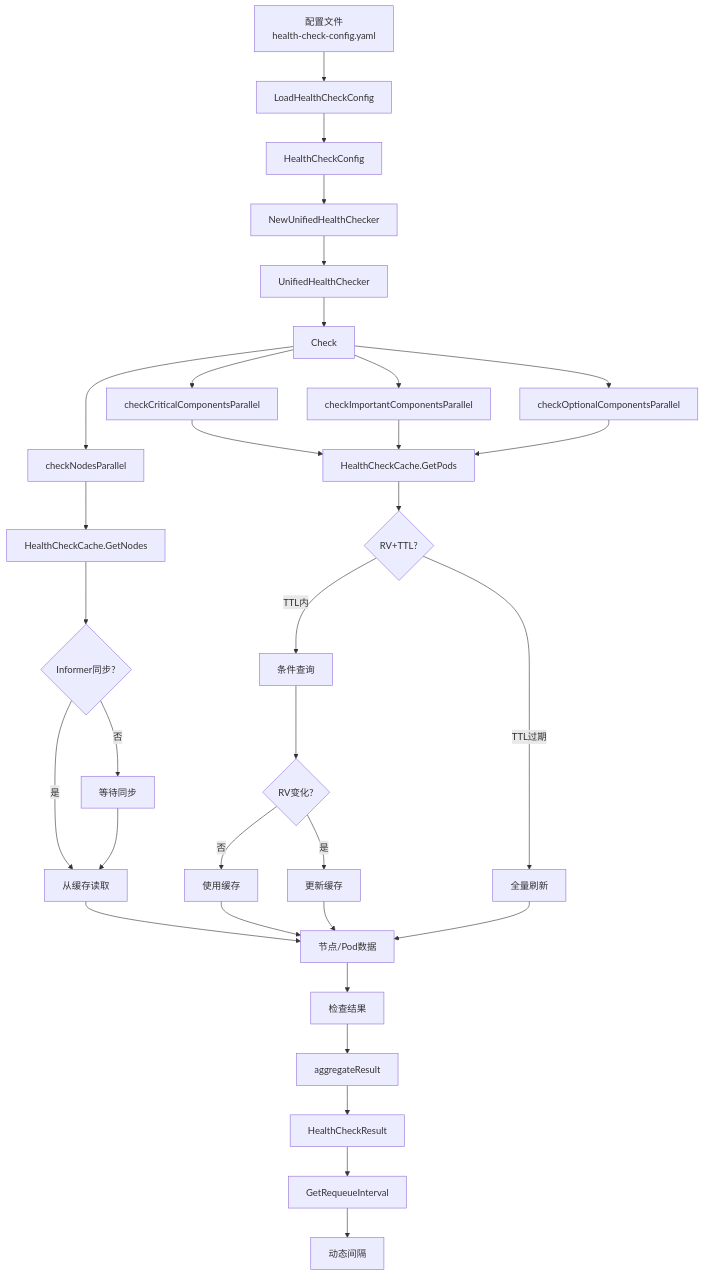
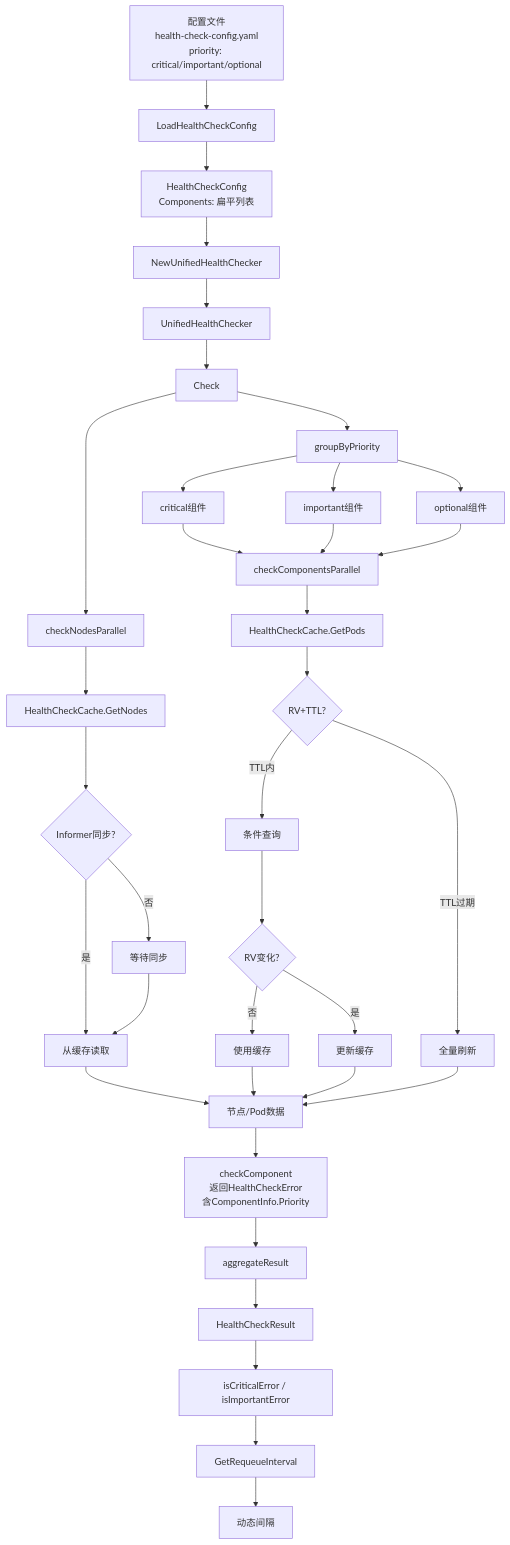
One commit to javadoors/cluster-api-provider-bke changed the fourth of 7 diagrams in code/performance/report/health-check-convergence.md. Above: the diagram before and after it, drawn with Mermaid. The commit also changed other lines of this file, not shown here.

````diff
--- a/code/performance/report/health-check-convergence.md
+++ b/code/performance/report/health-check-convergence.md
@@ -895,43 +1206,46 @@
 ```mermaid
 graph TD
-    A[配置文件<br/>health-check-config.yaml] --> B[LoadHealthCheckConfig]
-    B --> C[HealthCheckConfig]
+    A[配置文件<br/>health-check-config.yaml<br/>priority: critical/important/optional] --> B[LoadHealthCheckConfig]
+    B --> C[HealthCheckConfig<br/>Components: 扁平列表]
     
     C --> D[NewUnifiedHealthChecker]
     D --> E[UnifiedHealthChecker]
     
     E --> F[Check]
     F --> G[checkNodesParallel]
-    F --> H[checkCriticalComponentsParallel]
-    F --> I[checkImportantComponentsParallel]
-    F --> J[checkOptionalComponentsParallel]
+    F --> H[groupByPriority]
+    H --> H1[critical组件]
+    H --> H2[important组件]
+    H --> H3[optional组件]
+    H1 --> I[checkComponentsParallel]
+    H2 --> I
+    H3 --> I
     
-    G --> K[HealthCheckCache.GetNodes]
-    H --> L[HealthCheckCache.GetPods]
-    I --> L
-    J --> L
+    G --> J[HealthCheckCache.GetNodes]
+    I --> K[HealthCheckCache.GetPods]
     
-    K --> M{Informer同步?}
-    M -->|是| N[从缓存读取]
-    M -->|否| O[等待同步]
-    O --> N
+    J --> L{Informer同步?}
+    L -->|是| M[从缓存读取]
+    L -->|否| N[等待同步]
+    N --> M
     
-    L --> P{RV+TTL?}
-    P -->|TTL内| Q[条件查询]
-    P -->|TTL过期| R[全量刷新]
-    Q --> S{RV变化?}
-    S -->|否| T[使用缓存]
-    S -->|是| U[更新缓存]
+    K --> O{RV+TTL?}
+    O -->|TTL内| P[条件查询]
+    O -->|TTL过期| Q[全量刷新]
+    P --> R{RV变化?}
+    R -->|否| S[使用缓存]
+    R -->|是| T[更新缓存]
     
-    N --> V[节点/Pod数据]
-    T --> V
-    U --> V
-    R --> V
+    M --> U[节点/Pod数据]
+    S --> U
+    T --> U
+    Q --> U
     
-    V --> W[检查结果]
-    W --> X[aggregateResult]
-    X --> Y[HealthCheckResult]
+    U --> V[checkComponent<br/>返回HealthCheckError<br/>含ComponentInfo.Priority]
+    V --> W[aggregateResult]
+    W --> X[HealthCheckResult]
     
+    X --> Y[isCriticalError / isImportantError]
     Y --> Z[GetRequeueInterval]
     Z --> AA[动态间隔]
 ```
````
